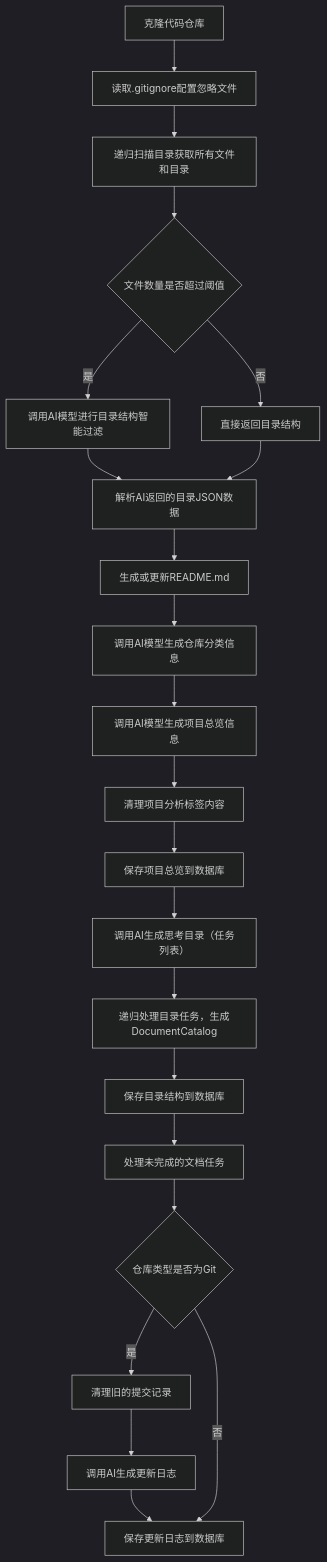
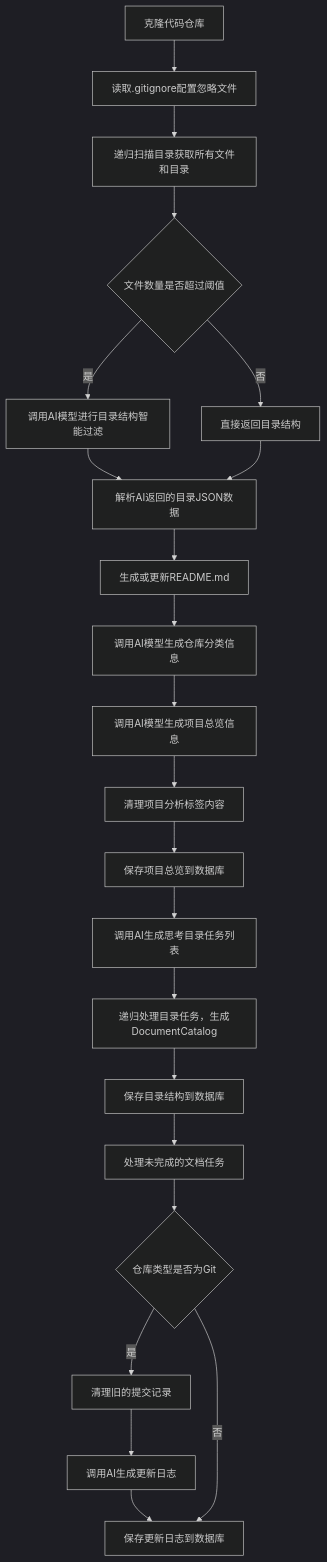
The diagram in README.zh-CN.md (xincheng213618/OpenDeepWiki), drawn with Mermaid (dark theme) before and after one commit.

````diff
--- a/README.zh-CN.md
+++ b/README.zh-CN.md
@@ -205,24 +205,24 @@
 ```mermaid
 graph TD
     A[克隆代码仓库] --> B[读取.gitignore配置忽略文件]
     B --> C[递归扫描目录获取所有文件和目录]
     C --> D{文件数量是否超过阈值}
     D -- 否 --> E[直接返回目录结构]
     D -- 是 --> F[调用AI模型进行目录结构智能过滤]
     F --> G[解析AI返回的目录JSON数据]
     E --> G
     G --> H[生成或更新README.md]
     H --> I[调用AI模型生成仓库分类信息]
     I --> J[调用AI模型生成项目总览信息]
     J --> K[清理项目分析标签内容]
     K --> L[保存项目总览到数据库]
-    L --> M[调用AI生成思考目录（任务列表）]
+    L --> M[调用AI生成思考目录任务列表]
     M --> N[递归处理目录任务，生成DocumentCatalog]
     N --> O[保存目录结构到数据库]
     O --> P[处理未完成的文档任务]
     P --> Q{仓库类型是否为Git}
     Q -- 是 --> R[清理旧的提交记录]
     R --> S[调用AI生成更新日志]
     S --> T[保存更新日志到数据库]
     Q -- 否 --> T
 ```
````
